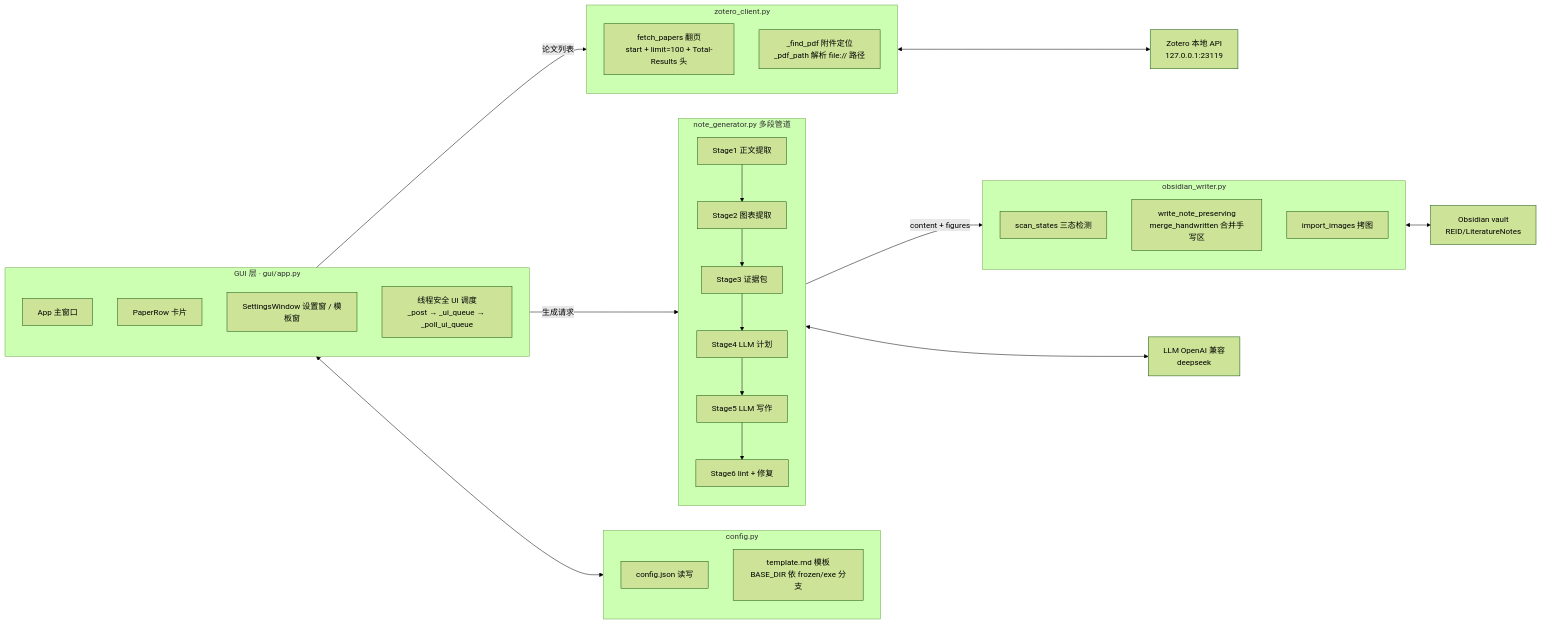
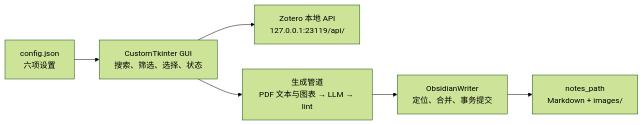
Before and after one commit to S0gn-G/ZOTERO-OBS: the first of 4 diagrams in 架构流程图.md, drawn with Mermaid (forest theme). The commit also changed other lines of this file and 18 other files, not shown here.

````diff
--- a/架构流程图.md
+++ b/架构流程图.md
@@ -8,48 +5,15 @@
 ```mermaid
 flowchart LR
-    subgraph GUI["GUI 层 · gui/app.py"]
-        direction TB
-        W1["App 主窗口"]
-        W2["PaperRow 卡片"]
-        W3["SettingsWindow 设置窗 / 模板窗"]
-        W4["线程安全 UI 调度<br/>_post → _ui_queue → _poll_ui_queue"]
-    end
+    GUI["CustomTkinter GUI<br/>搜索、筛选、选择、状态"]
+    Z["Zotero 本地 API<br/>127.0.0.1:23119/api/"]
+    P["生成管道<br/>PDF 文本与图表 → LLM → lint"]
+    W["ObsidianWriter<br/>定位、合并、事务提交"]
+    O["notes_path<br/>Markdown + images/"]
+    C["config.json<br/>六项设置"]
 
-    subgraph ZC["zotero_client.py"]
-        direction TB
-        Z1["fetch_papers 翻页<br/>start + limit=100 + Total-Results 头"]
-        Z2["_find_pdf 附件定位<br/>_pdf_path 解析 file:// 路径"]
-    end
-
-    subgraph NG["note_generator.py 多段管道"]
-        direction TB
-        N1["Stage1 正文提取"]
-        N2["Stage2 图表提取"]
-        N3["Stage3 证据包"]
-        N4["Stage4 LLM 计划"]
-        N5["Stage5 LLM 写作"]
-        N6["Stage6 lint + 修复"]
-        N1 --> N2 --> N3 --> N4 --> N5 --> N6
-    end
-
-    subgraph OW["obsidian_writer.py"]
-        direction TB
-        O1["scan_states 三态检测"]
-        O2["write_note_preserving<br/>merge_handwritten 合并手写区"]
-        O3["import_images 拷图"]
-    end
-
-    subgraph CFG["config.py"]
-        direction TB
-        CF1["config.json 读写"]
-        CF2["template.md 模板<br/>BASE_DIR 依 frozen/exe 分支"]
-    end
-
-    GUI -->|论文列表| ZC
-    GUI -->|生成请求| NG
-    NG -->|content + figures| OW
-    GUI <--> CFG
-    OW <--> V["Obsidian vault<br/>REID/LiteratureNotes"]
-    ZC <--> Z["Zotero 本地 API<br/>127.0.0.1:23119"]
-    NG <--> L["LLM OpenAI 兼容<br/>deepseek"]
+    GUI --> Z
+    GUI --> P
+    P --> W
+    W --> O
+    C --> GUI
 ```
````
